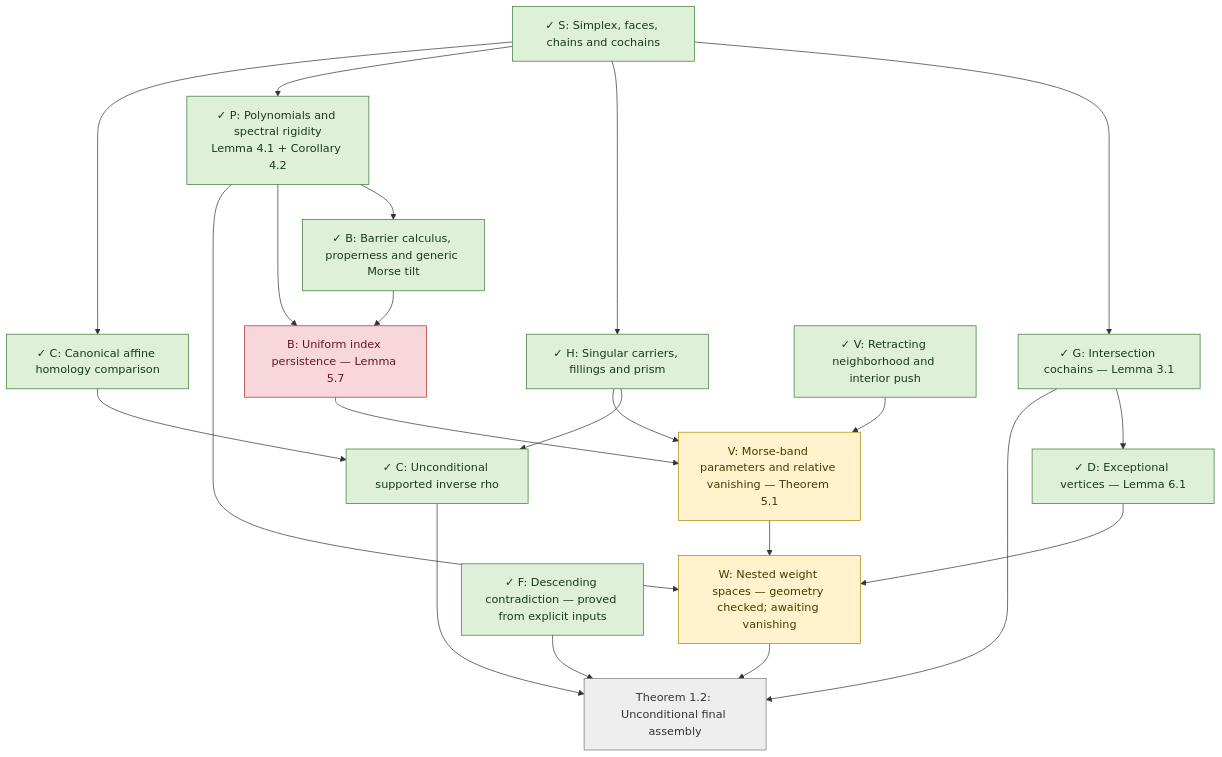
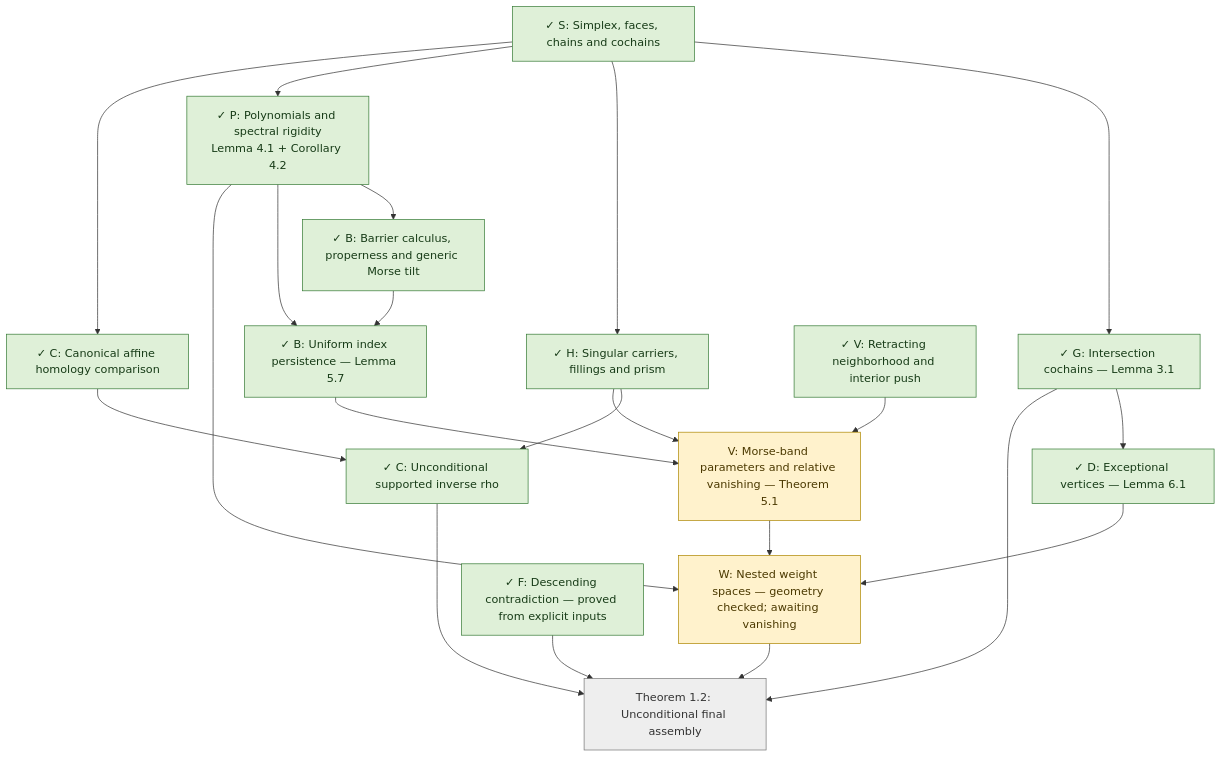
The diagram in docs/blueprint.md (snorin239/SharpTopologicalOverlap), drawn with Mermaid before and after one commit. The commit also changed 11 other files, not shown here.

Commit message:
Prove uniform barrier critical-index persistence

````diff
--- a/docs/blueprint.md
+++ b/docs/blueprint.md
@@ -51,41 +51,41 @@
 ```mermaid
 flowchart TD
   S["✓ S: Simplex, faces, chains and cochains"]:::done
   G["✓ G: Intersection cochains — Lemma 3.1"]:::done
   H["✓ H: Singular carriers, fillings and prism"]:::done
   P["✓ P: Polynomials and spectral rigidity<br/>Lemma 4.1 + Corollary 4.2"]:::done
   D["✓ D: Exceptional vertices — Lemma 6.1"]:::done
   C0["✓ C: Canonical affine homology comparison"]:::done
   C1["✓ C: Unconditional supported inverse rho"]:::done
   B0["✓ B: Barrier calculus, properness and generic Morse tilt"]:::done
-  B1["B: Uniform index persistence — Lemma 5.7"]:::hard
+  B1["✓ B: Uniform index persistence — Lemma 5.7"]:::done
   V0["✓ V: Retracting neighborhood and interior push"]:::done
   V1["V: Morse-band parameters and relative vanishing — Theorem 5.1"]:::working
   W["W: Nested weight spaces — geometry checked; awaiting vanishing"]:::working
   F["✓ F: Descending contradiction — proved from explicit inputs"]:::done
   T["Theorem 1.2: Unconditional final assembly"]:::pending
   S --> G
   S --> H
   S --> P
   S --> C0
   G --> D
   C0 --> C1
   H --> C1
   P --> B0
   B0 --> B1
   P --> B1
   B1 --> V1
   V0 --> V1
   H --> V1
   D --> W
   P --> W
   V1 --> W
   C1 --> T
   W --> T
   F --> T
   G --> T
   classDef done fill:#dff0d8,stroke:#367b35,color:#173b17
   classDef working fill:#fff2cc,stroke:#ad8700,color:#4b3900
   classDef hard fill:#f8d7da,stroke:#b02a37,color:#641820
   classDef pending fill:#eeeeee,stroke:#777777,color:#333333
 ```
````
